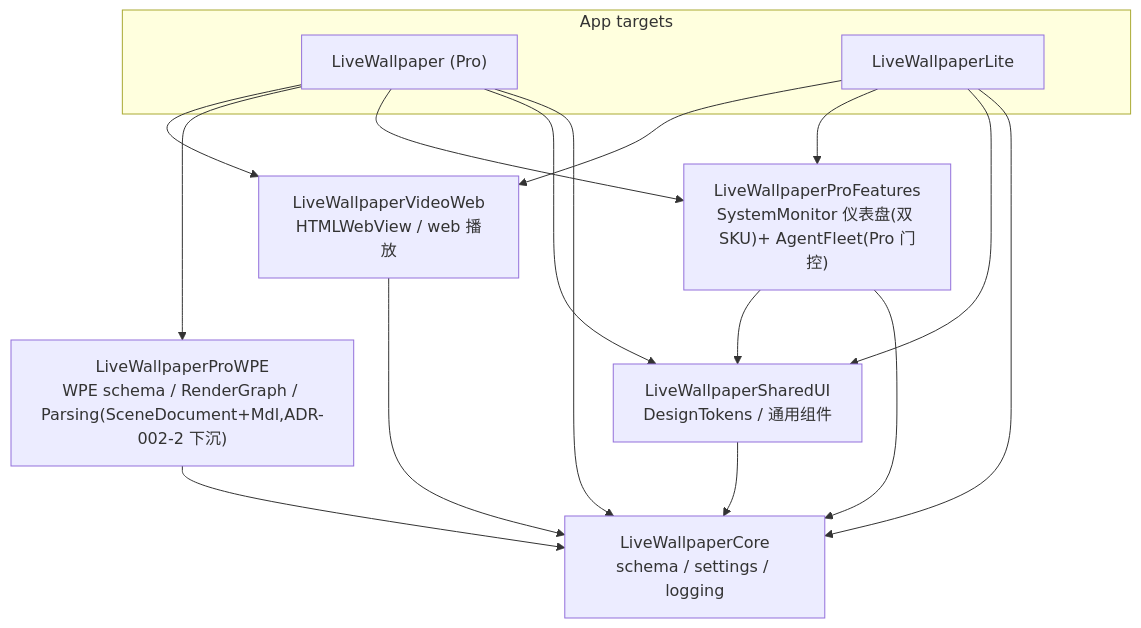
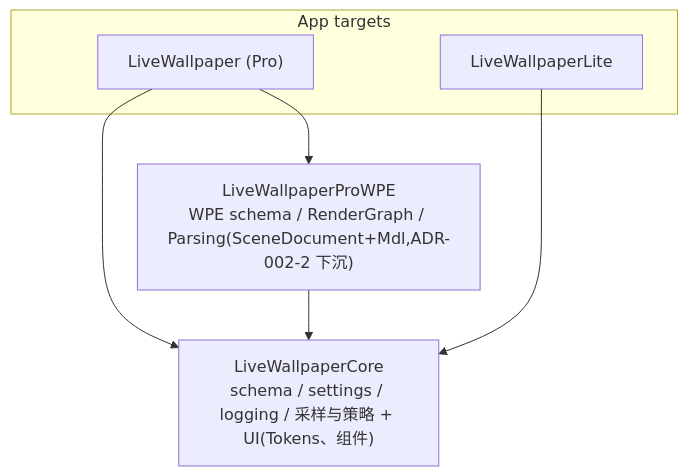
The diagram in docs/architecture-packages.md (Paradox07127/Loomscreen), drawn with Mermaid before and after one commit. The commit also changed other lines of this file and 157 other files, not shown here.

````diff
--- a/docs/architecture-packages.md
+++ b/docs/architecture-packages.md
@@ -8,22 +8,15 @@
 ```mermaid
 graph TD
     subgraph App targets
         Pro["LiveWallpaper (Pro)"]
         Lite["LiveWallpaperLite"]
     end
 
-    Core["LiveWallpaperCore<br/>schema / settings / logging"]
-    SharedUI["LiveWallpaperSharedUI<br/>DesignTokens / 通用组件"]
-    ProFeatures["LiveWallpaperProFeatures<br/>SystemMonitor 仪表盘(双 SKU)+ AgentFleet(Pro 门控)"]
+    Core["LiveWallpaperCore<br/>schema / settings / logging / 采样与策略 + UI(Tokens、组件)"]
     ProWPE["LiveWallpaperProWPE<br/>WPE schema / RenderGraph / Parsing(SceneDocument+Mdl,ADR-002-2 下沉)"]
-    VideoWeb["LiveWallpaperVideoWeb<br/>HTMLWebView / web 播放"]
 
-    Pro --> Core & SharedUI & ProFeatures & ProWPE & VideoWeb
-    Lite --> Core & SharedUI & ProFeatures & VideoWeb
+    Pro --> Core & ProWPE
+    Lite --> Core
 
-    SharedUI --> Core
-    ProFeatures --> Core
-    ProFeatures --> SharedUI
     ProWPE --> Core
-    VideoWeb --> Core
 ```
````
